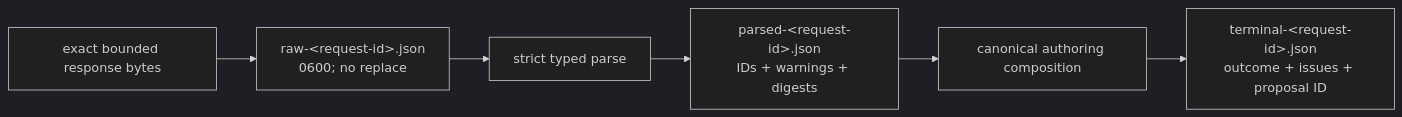
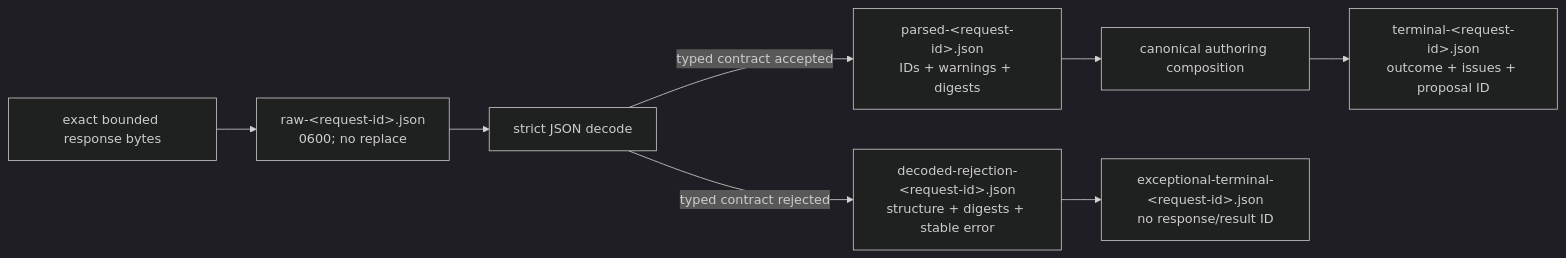
One commit to eragasa/ksdft2effmass changed the diagram in docs/architecture/ksdft2effmass/publications/authoring/adapters/ollama_retention/schematic.md. Above: the diagram before and after it, drawn with Mermaid (dark theme). The commit also changed other lines of this file and 30 other files, not shown here.

````diff
--- a/docs/architecture/ksdft2effmass/publications/authoring/adapters/ollama_retention/schematic.md
+++ b/docs/architecture/ksdft2effmass/publications/authoring/adapters/ollama_retention/schematic.md
@@ -3,8 +3,10 @@
 ```mermaid
 flowchart LR
     HTTP["exact bounded response bytes"] --> Raw["raw-&lt;request-id&gt;.json<br/>0600; no replace"]
-    Raw --> Parse["strict typed parse"]
-    Parse --> Parsed["parsed-&lt;request-id&gt;.json<br/>IDs + warnings + digests"]
+    Raw --> Decode["strict JSON decode"]
+    Decode -->|"typed contract accepted"| Parsed["parsed-&lt;request-id&gt;.json<br/>IDs + warnings + digests"]
+    Decode -->|"typed contract rejected"| Rejection["decoded-rejection-&lt;request-id&gt;.json<br/>structure + digests + stable error"]
     Parsed --> Compose["canonical authoring composition"]
     Compose --> Terminal["terminal-&lt;request-id&gt;.json<br/>outcome + issues + proposal ID"]
+    Rejection --> Exceptional["exceptional-terminal-&lt;request-id&gt;.json<br/>no response/result ID"]
 ```
````
